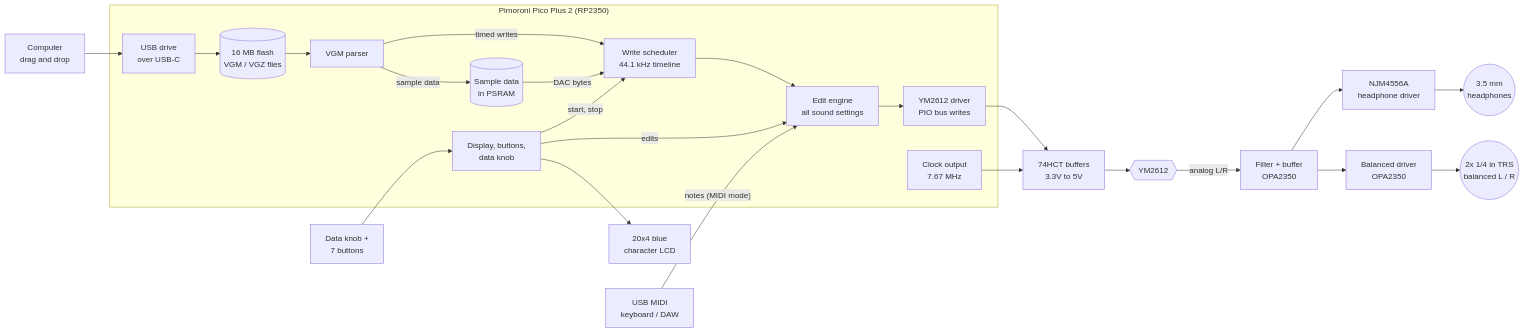
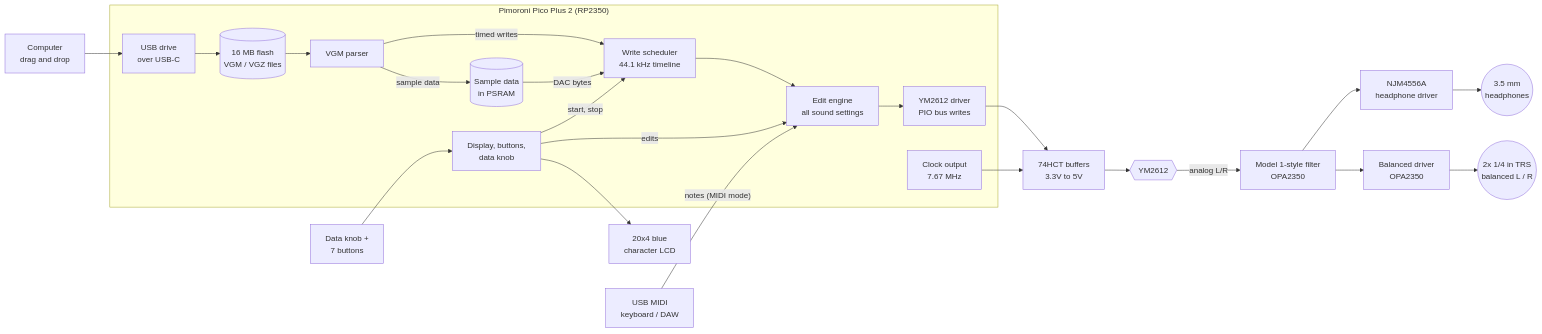
Before and after one commit to ctrlvlts-000/Vintage-Sound-Chip-Player: the diagram in docs/DESIGN.md, drawn with Mermaid. The commit also changed other lines of this file, not shown here.

First line of the commit message:
Make the output stage authentic Model 1 only

````diff
--- a/docs/DESIGN.md
+++ b/docs/DESIGN.md
@@ -238,42 +238,42 @@
 ```mermaid
 flowchart LR
     PC[Computer<br/>drag and drop]
 
     subgraph PICO["Pimoroni Pico Plus 2 (RP2350)"]
         USB[USB drive<br/>over USB-C]
         FLASH[(16 MB flash<br/>VGM / VGZ files)]
         PARSE[VGM parser]
         PCM[(Sample data<br/>in PSRAM)]
         SCHED[Write scheduler<br/>44.1 kHz timeline]
         DRV[YM2612 driver<br/>PIO bus writes]
         CLKGEN[Clock output<br/>7.67 MHz]
         UI[Display, buttons,<br/>data knob]
         SYN[Edit engine<br/>all sound settings]
     end
 
     BUF[74HCT buffers<br/>3.3V to 5V]
     YM{{YM2612}}
-    FILT[Filter + buffer<br/>OPA2350]
+    FILT[Model 1-style filter<br/>OPA2350]
     AMP[NJM4556A<br/>headphone driver]
     JACK((3.5 mm<br/>headphones))
     BAL[Balanced driver<br/>OPA2350]
     TRS((2x 1/4 in TRS<br/>balanced L / R))
     LCD[20x4 blue<br/>character LCD]
     BTN[Data knob +<br/>7 buttons]
     MIDI[USB MIDI<br/>keyboard / DAW]
 
     PC --> USB --> FLASH --> PARSE
     PARSE -- "sample data" --> PCM
     PARSE -- "timed writes" --> SCHED
     PCM -- "DAC bytes" --> SCHED
     SCHED --> SYN --> DRV --> BUF --> YM
     UI -- "edits" --> SYN
     CLKGEN --> BUF
     YM -- "analog L/R" --> FILT
     FILT --> AMP --> JACK
     FILT --> BAL --> TRS
     BTN --> UI
     UI --> LCD
     UI -- "start, stop" --> SCHED
     MIDI -- "notes (MIDI mode)" --> SYN
 ```
````
